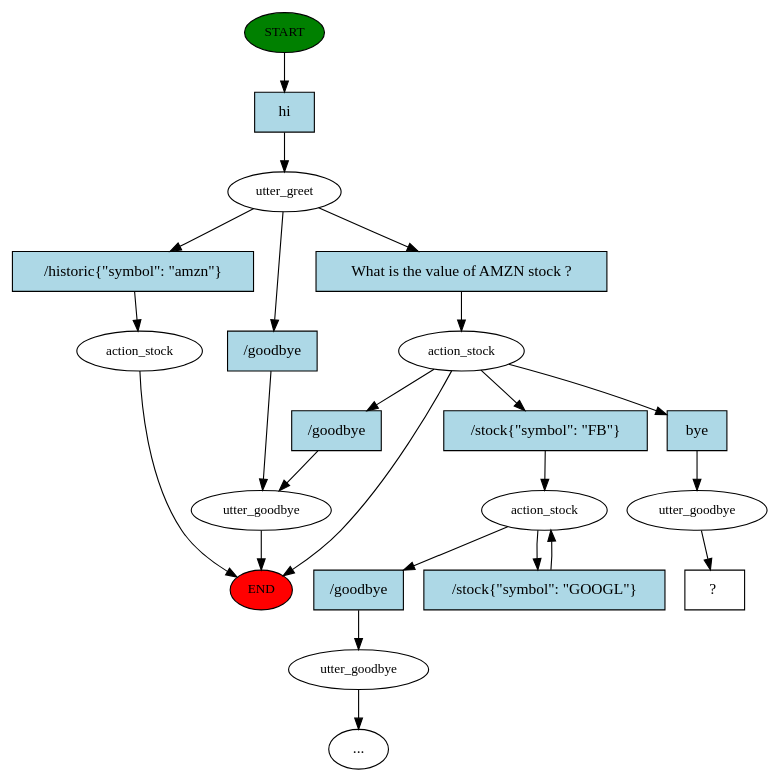
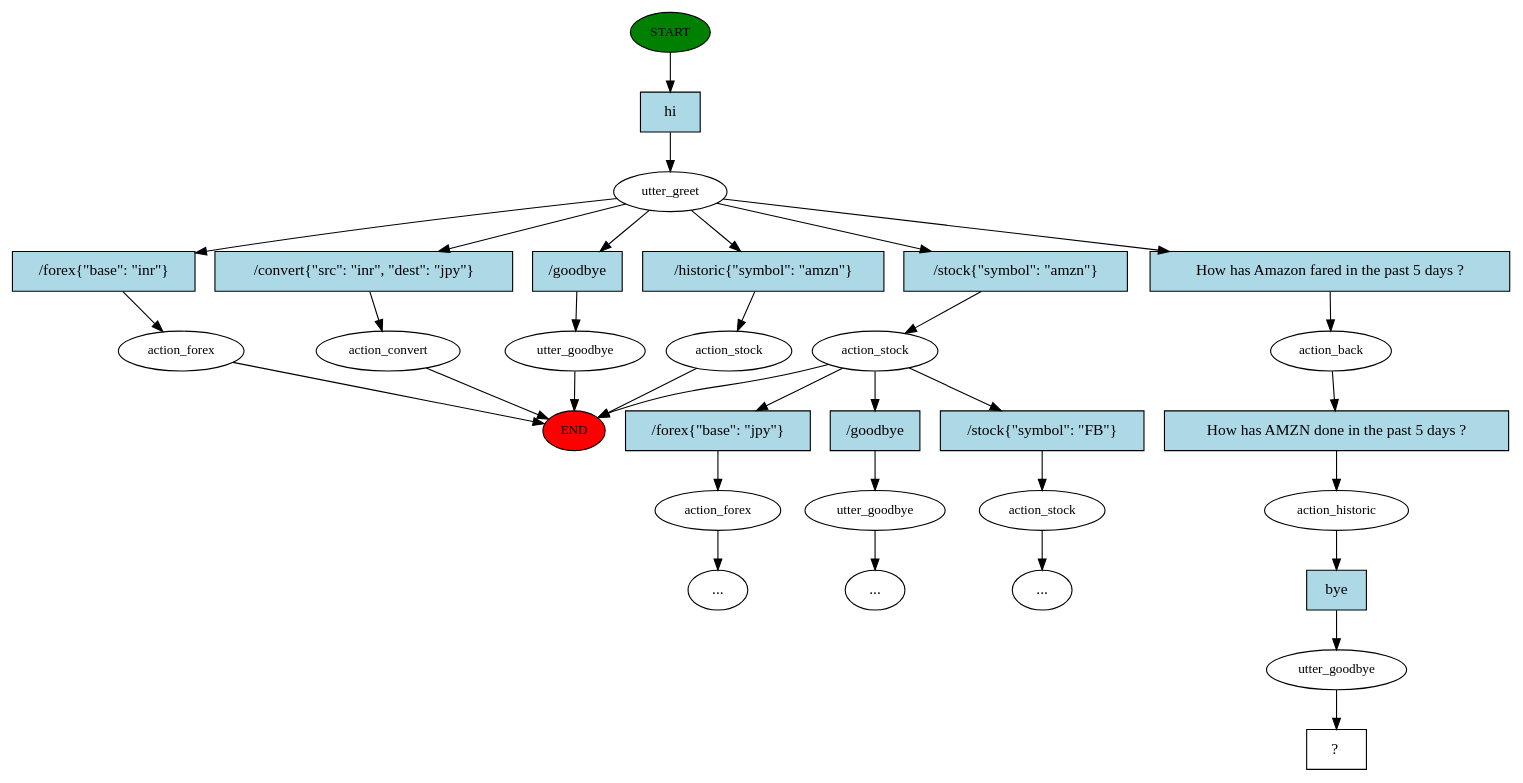
One commit to abhishekr7/financial-advisor changed the diagram in story_graph.dot. Above: the diagram before and after it, drawn with Graphviz. The commit also changed 18 other files, not shown here.

```diff
--- a/story_graph.dot
+++ b/story_graph.dot
@@ -1,45 +1,65 @@
 digraph  {
 0 [class="start active", fillcolor=green, fontsize=12, label=START, style=filled];
 "-1" [class=end, fillcolor=red, fontsize=12, label=END, style=filled];
 1 [class=active, fontsize=12, label=utter_greet];
-2 [class=active, fontsize=12, label=action_stock];
-3 [class="", fontsize=12, label=utter_goodbye];
+2 [class="", fontsize=12, label=action_forex];
+4 [class="", fontsize=12, label=action_convert];
 6 [class="", fontsize=12, label=action_stock];
-8 [class="", fontsize=12, label=utter_goodbye];
+7 [class="", fontsize=12, label=action_forex];
 "-3" [class=ellipsis, label="..."];
-14 [class="", fontsize=12, label=action_stock];
-17 [class=active, fontsize=12, label=utter_goodbye];
-18 [class="intent dashed active", label="  ?  ", shape=rect];
-19 [class="intent active", fillcolor=lightblue, label=hi, shape=rect, style=filled];
-20 [class="intent active", fillcolor=lightblue, label="What\ is\ the\ value\ of\ AMZN\ stock\ \?", shape=rect, style=filled];
-21 [class=intent, fillcolor=lightblue, label="/historic\{\"symbol\":\ \"amzn\"\}", shape=rect, style=filled];
-22 [class=intent, fillcolor=lightblue, label="/goodbye", shape=rect, style=filled];
-23 [class=intent, fillcolor=lightblue, label="/goodbye", shape=rect, style=filled];
-24 [class=intent, fillcolor=lightblue, label="/stock\{\"symbol\":\ \"FB\"\}", shape=rect, style=filled];
-25 [class="intent active", fillcolor=lightblue, label=bye, shape=rect, style=filled];
-26 [class=intent, fillcolor=lightblue, label="/goodbye", shape=rect, style=filled];
-27 [class=intent, fillcolor=lightblue, label="/stock\{\"symbol\":\ \"GOOGL\"\}", shape=rect, style=filled];
-0 -> 19  [class=active, key=0];
-1 -> 20  [class=active, key=0];
-1 -> 21  [class="", key=0];
-1 -> 22  [class="", key=0];
+10 [class="", fontsize=12, label=utter_goodbye];
+"-4" [class=ellipsis, label="..."];
+13 [class="", fontsize=12, label=action_stock];
+"-5" [class=ellipsis, label="..."];
+15 [class="", fontsize=12, label=utter_goodbye];
+19 [class="", fontsize=12, label=action_stock];
+21 [class=active, fontsize=12, label=action_back];
+22 [class=active, fontsize=12, label=action_historic];
+23 [class=active, fontsize=12, label=utter_goodbye];
+24 [class="intent dashed active", label="  ?  ", shape=rect];
+25 [class="intent active", fillcolor=lightblue, label=hi, shape=rect, style=filled];
+26 [class=intent, fillcolor=lightblue, label="/forex\{\"base\":\ \"inr\"\}", shape=rect, style=filled];
+27 [class=intent, fillcolor=lightblue, label="/convert\{\"src\":\ \"inr\",\ \"dest\":\ \"jpy\"\}", shape=rect, style=filled];
+28 [class=intent, fillcolor=lightblue, label="/stock\{\"symbol\":\ \"amzn\"\}", shape=rect, style=filled];
+29 [class=intent, fillcolor=lightblue, label="/goodbye", shape=rect, style=filled];
+30 [class=intent, fillcolor=lightblue, label="/historic\{\"symbol\":\ \"amzn\"\}", shape=rect, style=filled];
+31 [class="intent active", fillcolor=lightblue, label="How\ has\ Amazon\ fared\ in\ the\ past\ 5\ days\ \?", shape=rect, style=filled];
+32 [class=intent, fillcolor=lightblue, label="/forex\{\"base\":\ \"jpy\"\}", shape=rect, style=filled];
+33 [class=intent, fillcolor=lightblue, label="/goodbye", shape=rect, style=filled];
+34 [class=intent, fillcolor=lightblue, label="/stock\{\"symbol\":\ \"FB\"\}", shape=rect, style=filled];
+35 [class="intent active", fillcolor=lightblue, label="How\ has\ AMZN\ done\ in\ the\ past\ 5\ days\ \?", shape=rect, style=filled];
+36 [class="intent active", fillcolor=lightblue, label=bye, shape=rect, style=filled];
+0 -> 25  [class=active, key=0];
+1 -> 26  [class="", key=0];
+1 -> 27  [class="", key=0];
+1 -> 28  [class="", key=0];
+1 -> 29  [class="", key=0];
+1 -> 30  [class="", key=0];
+1 -> 31  [class=active, key=0];
 2 -> "-1"  [class="", key=NONE, label=""];
-2 -> 23  [class="", key=0];
-2 -> 24  [class="", key=0];
-2 -> 25  [class=active, key=0];
-3 -> "-1"  [class="", key=NONE, label=""];
-6 -> 26  [class="", key=0];
-6 -> 27  [class="", key=0];
-8 -> "-3"  [class="", key=NONE, label=""];
-14 -> "-1"  [class="", key=NONE, label=""];
-17 -> 18  [class=active, key=NONE, label=""];
-19 -> 1  [class=active, key=0];
-20 -> 2  [class=active, key=0];
-21 -> 14  [class="", key=0];
-22 -> 3  [class="", key=0];
-23 -> 3  [class="", key=0];
-24 -> 6  [class="", key=0];
-25 -> 17  [class=active, key=0];
-26 -> 8  [class="", key=0];
-27 -> 6  [class="", key=0];
+4 -> "-1"  [class="", key=NONE, label=""];
+6 -> "-1"  [class="", key=NONE, label=""];
+6 -> 32  [class="", key=0];
+6 -> 33  [class="", key=0];
+6 -> 34  [class="", key=0];
+7 -> "-3"  [class="", key=NONE, label=""];
+10 -> "-4"  [class="", key=NONE, label=""];
+13 -> "-5"  [class="", key=NONE, label=""];
+15 -> "-1"  [class="", key=NONE, label=""];
+19 -> "-1"  [class="", key=NONE, label=""];
+21 -> 35  [class=active, key=0];
+22 -> 36  [class=active, key=0];
+23 -> 24  [class=active, key=NONE, label=""];
+25 -> 1  [class=active, key=0];
+26 -> 2  [class="", key=0];
+27 -> 4  [class="", key=0];
+28 -> 6  [class="", key=0];
+29 -> 15  [class="", key=0];
+30 -> 19  [class="", key=0];
+31 -> 21  [class=active, key=0];
+32 -> 7  [class="", key=0];
+33 -> 10  [class="", key=0];
+34 -> 13  [class="", key=0];
+35 -> 22  [class=active, key=0];
+36 -> 23  [class=active, key=0];
 }
```
